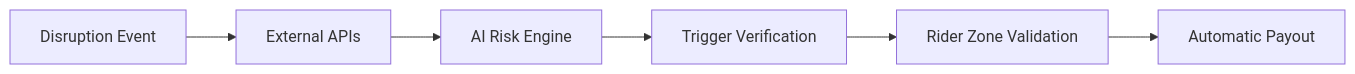
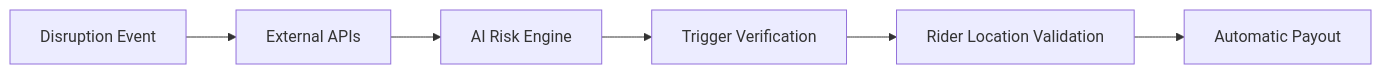
The second of 2 diagrams in README.md (jashwanth-cse/SteadyPocket), drawn with Mermaid before and after one commit. The commit also changed other lines of this file and 28 other files, not shown here.

````diff
--- a/README.md
+++ b/README.md
@@ -274,16 +446,16 @@
 ```mermaid
 flowchart LR
 
 A[Disruption Event]
 B[External APIs]
 C[AI Risk Engine]
 D[Trigger Verification]
-E[Rider Zone Validation]
+E[Rider Location Validation]
 F[Automatic Payout]
 
 A --> B
 B --> C
 C --> D
 D --> E
 E --> F
 ```
````
